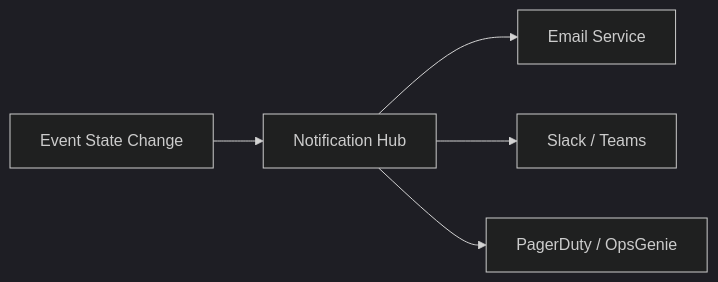
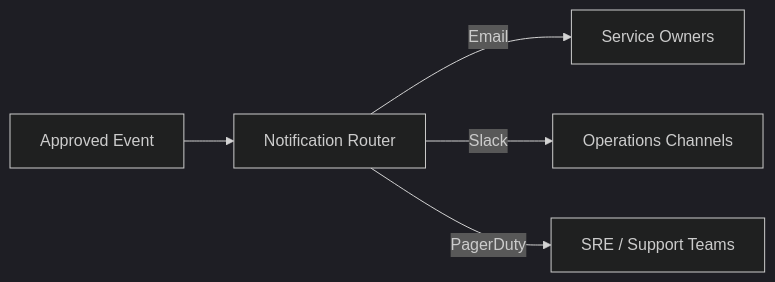
One commit to Devopstrio/service-continuity-calendar changed the fourth of 11 diagrams in README.md. Above: the diagram before and after it, drawn with Mermaid (dark theme). The commit also changed other lines of this file, not shown here.

Commit message:
docs: implement 11+ professional architecture diagrams for service continuity calendar platform

````diff
--- a/README.md
+++ b/README.md
@@ -115,7 +129,7 @@
 ```mermaid
 graph LR
-    Event[Event State Change] --> Hub[Notification Hub]
-    Hub --> Email[Email Service]
-    Hub --> Slack[Slack / Teams]
-    Hub --> Pager[PagerDuty / OpsGenie]
+    Event["Approved Event"] --> Hub["Notification Router"]
+    Hub -->|Email| Stakeholders["Service Owners"]
+    Hub -->|Slack| Teams["Operations Channels"]
+    Hub -->|PagerDuty| OnCall["SRE / Support Teams"]
 ```
````
